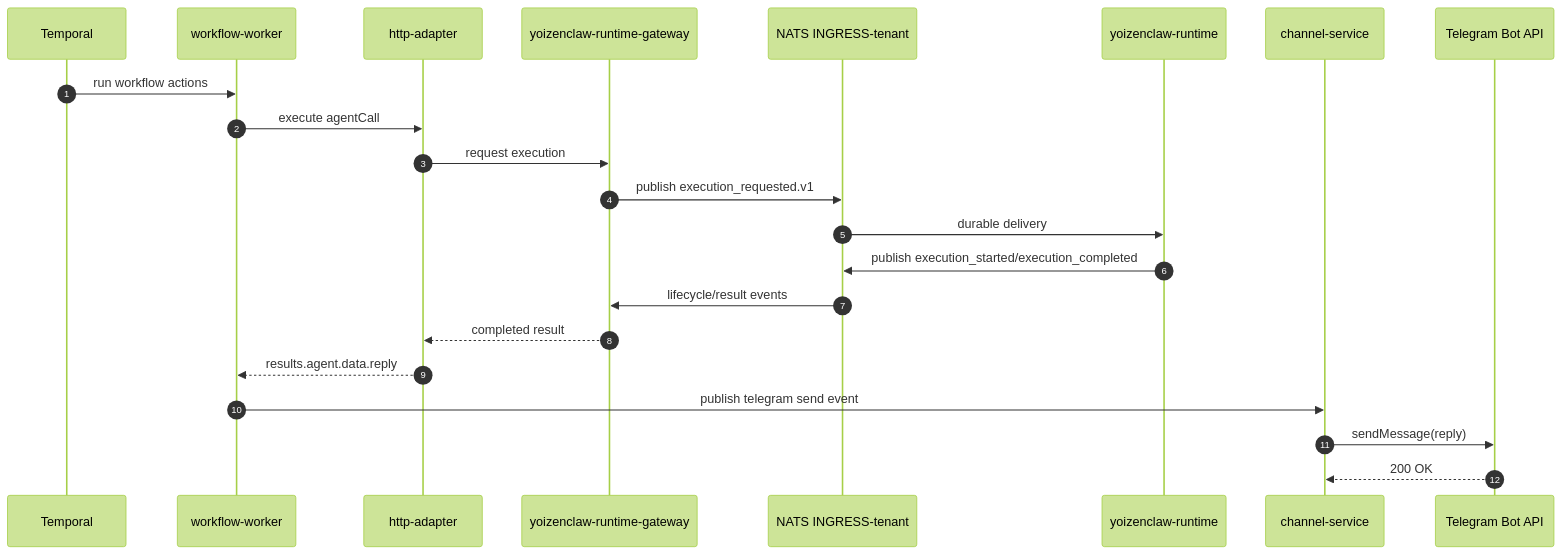
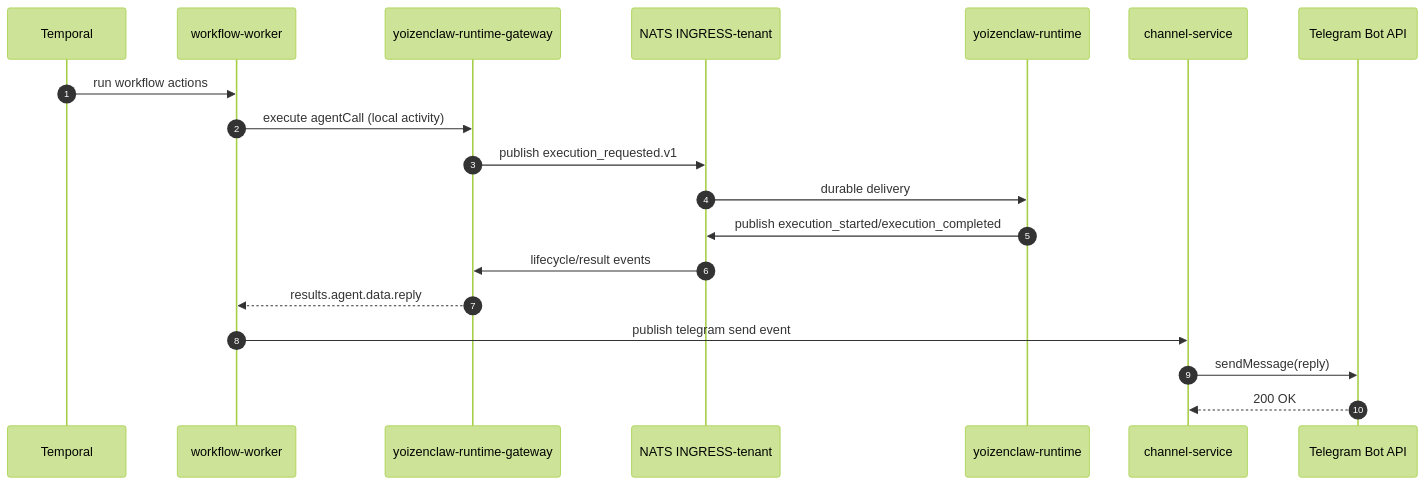
The fourth of 4 diagrams in DOCS/08-WORKFLOW-TELEGRAM-SEQUENCE.md (ccarnero/colloqui), drawn with Mermaid (forest theme) before and after one commit. The commit also changed other lines of this file and 418 other files, not shown here.

First line of the commit message:
Merged PR 3855: Remove services. Rename http-adapter/adapter-service. Update docs

````diff
--- a/DOCS/08-WORKFLOW-TELEGRAM-SEQUENCE.md
+++ b/DOCS/08-WORKFLOW-TELEGRAM-SEQUENCE.md
@@ -80,25 +80,22 @@
 ```mermaid
 sequenceDiagram
     autonumber
     participant TEMP as Temporal
     participant WFW as workflow-worker
-    participant HTP as http-adapter
     participant YZG as yoizenclaw-runtime-gateway
     participant NATS as NATS INGRESS-tenant
     participant YZR as yoizenclaw-runtime
     participant CH as channel-service
     participant TGA as Telegram Bot API
 
     TEMP->>WFW: run workflow actions
-    WFW->>HTP: execute agentCall
-    HTP->>YZG: request execution
+    WFW->>YZG: execute agentCall (local activity)
     YZG->>NATS: publish execution_requested.v1
     NATS->>YZR: durable delivery
     YZR->>NATS: publish execution_started/execution_completed
     NATS->>YZG: lifecycle/result events
-    YZG-->>HTP: completed result
-    HTP-->>WFW: results.agent.data.reply
+    YZG-->>WFW: results.agent.data.reply
     WFW->>CH: publish telegram send event
     CH->>TGA: sendMessage(reply)
     TGA-->>CH: 200 OK
 ```
````
